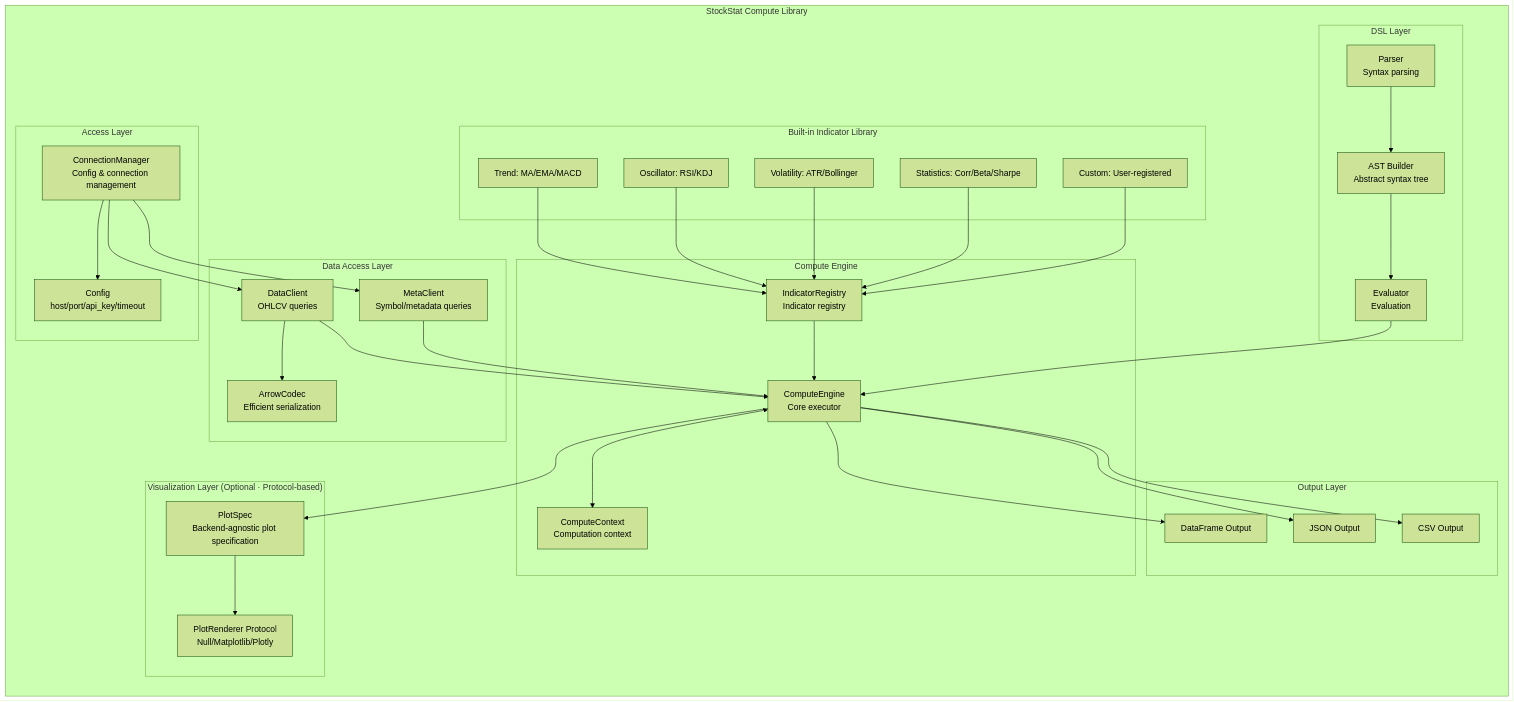
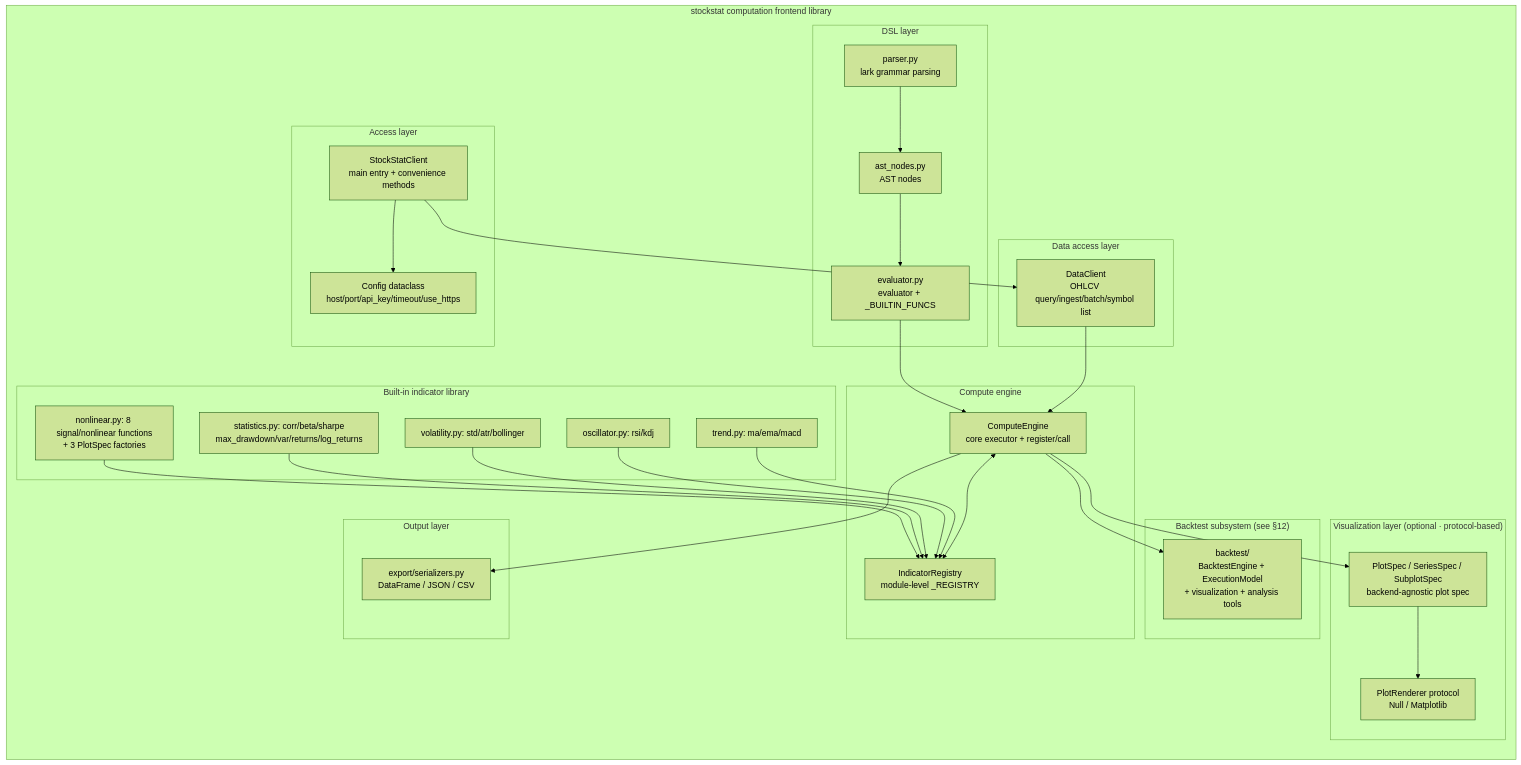
Before and after one commit to RESBI/StockStatistic: the tenth of 23 diagrams in DESIGN.md, drawn with Mermaid (forest theme). The commit also changed other lines of this file and 12 other files, not shown here.

First line of the commit message:
Add signal processing & nonlinear dynamics module; rewrite all docs to match code

````diff
--- a/DESIGN.md
+++ b/DESIGN.md
@@ -536,59 +478,57 @@
 ```mermaid
 graph TB
-    subgraph "StockStat Compute Library"
+    subgraph "stockstat computation frontend library"
         direction TB
-        
-        subgraph "Access Layer"
-            CM[ConnectionManager<br/>Config & connection management]
-            CFG[Config<br/>host/port/api_key/timeout]
+
+        subgraph "Access layer"
+            CLI["StockStatClient<br/>main entry + convenience methods"]
+            CFG["Config dataclass<br/>host/port/api_key/timeout/use_https"]
         end
-        
-        subgraph "Data Access Layer"
-            DC[DataClient<br/>OHLCV queries]
-            MC[MetaClient<br/>Symbol/metadata queries]
-            AR[ArrowCodec<br/>Efficient serialization]
+
+        subgraph "Data access layer"
+            DC["DataClient<br/>OHLCV query/ingest/batch/symbol list"]
         end
-        
-        subgraph "Compute Engine"
-            EN[ComputeEngine<br/>Core executor]
-            CTX[ComputeContext<br/>Computation context]
-            REG[IndicatorRegistry<br/>Indicator registry]
+
+        subgraph "Compute engine"
+            EN["ComputeEngine<br/>core executor + register/call"]
+            REG["IndicatorRegistry<br/>module-level _REGISTRY"]
         end
-        
-        subgraph "DSL Layer"
-            PARSER[Parser<br/>Syntax parsing]
-            AST[AST Builder<br/>Abstract syntax tree]
-            EVAL[Evaluator<br/>Evaluation]
+
+        subgraph "DSL layer"
+            PARSER["parser.py<br/>lark grammar parsing"]
+            AST["ast_nodes.py<br/>AST nodes"]
+            EVAL["evaluator.py<br/>evaluator + _BUILTIN_FUNCS"]
         end
-        
-        subgraph "Built-in Indicator Library"
-            I1[Trend: MA/EMA/MACD]
-            I2[Oscillator: RSI/KDJ]
-            I3[Volatility: ATR/Bollinger]
-            I4[Statistics: Corr/Beta/Sharpe]
-            I5[Custom: User-registered]
+
+        subgraph "Built-in indicator library"
+            I1["trend.py: ma/ema/macd"]
+            I2["oscillator.py: rsi/kdj"]
+            I3["volatility.py: std/atr/bollinger"]
+            I4["statistics.py: corr/beta/sharpe<br/>max_drawdown/var/returns/log_returns"]
+            I5["nonlinear.py: 8 signal/nonlinear functions<br/>+ 3 PlotSpec factories"]
         end
-        
-        subgraph "Output Layer"
-            DF[DataFrame Output]
-            JSON[JSON Output]
-            CSV[CSV Output]
+
+        subgraph "Backtest subsystem (see §12)"
+            BT["backtest/<br/>BacktestEngine + ExecutionModel<br/>+ visualization + analysis tools"]
         end
-        
-        subgraph "Visualization Layer (Optional · Protocol-based)"
-            PS[PlotSpec<br/>Backend-agnostic plot specification]
-            PR[PlotRenderer Protocol<br/>Null/Matplotlib/Plotly]
+
+        subgraph "Visualization layer (optional · protocol-based)"
+            PS["PlotSpec / SeriesSpec / SubplotSpec<br/>backend-agnostic plot spec"]
+            PR["PlotRenderer protocol<br/>Null / Matplotlib"]
         end
-        
-        CM --> CFG
-        CM --> DC & MC
-        DC --> AR
-        DC & MC --> EN
-        EN <--> CTX
-        REG --> EN
+
+        subgraph "Output layer"
+            EXP["export/serializers.py<br/>DataFrame / JSON / CSV"]
+        end
+
+        CLI --> CFG
+        CLI --> DC
+        DC --> EN
+        EN <--> REG
         PARSER --> AST --> EVAL --> EN
         I1 & I2 & I3 & I4 & I5 --> REG
-        EN --> DF & JSON & CSV
+        EN --> BT
         EN --> PS --> PR
+        EN --> EXP
     end
 ```
````
